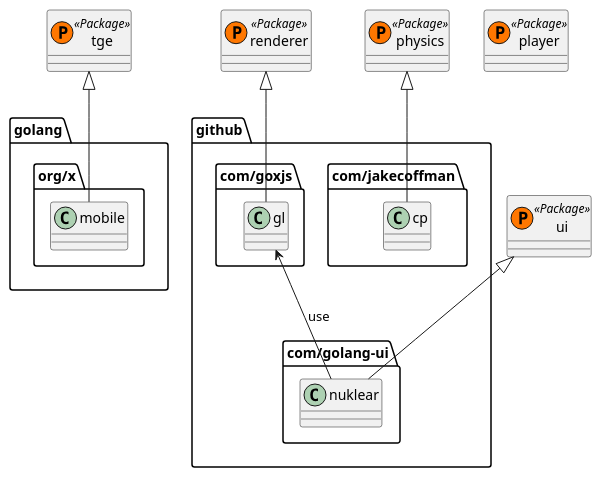
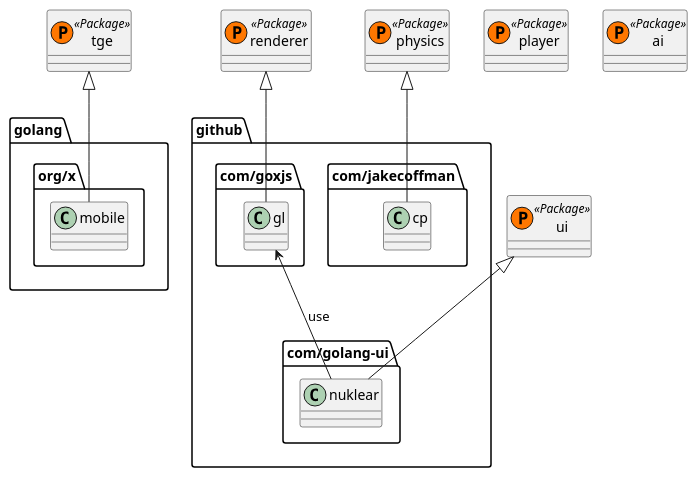
One commit to Thommil/tge changed the diagram in specs/mobile-impl.puml. Above: the diagram before and after it, drawn with PlantUML. The commit also changed 24 other files, not shown here.

```diff
--- a/specs/mobile-impl.puml
+++ b/specs/mobile-impl.puml
@@ -2,16 +2,17 @@
 @startuml Mobile Implementation
 class tge << (P,#FF7700) Package >>
 tge <|-- "golang.org/x.mobile"
 
 class renderer << (P,#FF7700) Package >>
 renderer <|-- "github.com/goxjs.gl"
 
 class ui << (P,#FF7700) Package >>
 ui <|-- "github.com/golang-ui.nuklear"
 "github.com/goxjs.gl" <-- "github.com/golang-ui.nuklear" : use
 
 class physics << (P,#FF7700) Package >>
 physics <|-- "github.com/jakecoffman.cp"
 
 class player << (P,#FF7700) Package >>
+class ai << (P,#FF7700) Package >>
 @enduml
```
